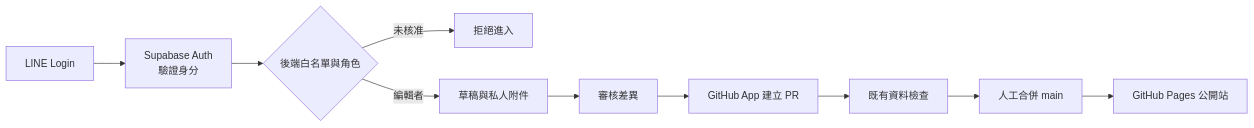
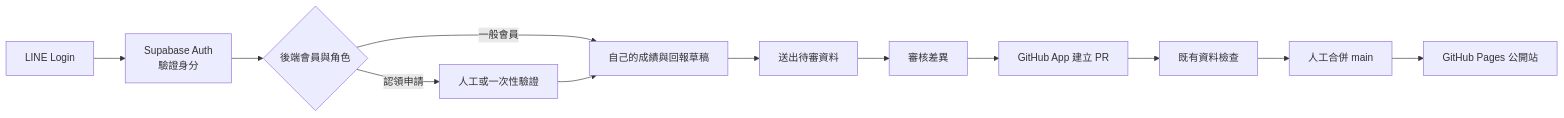
One commit to macrokernel3000/opendebate changed the diagram in docs/2026-10-06-LINE後台會員制評估.md. Above: the diagram before and after it, drawn with Mermaid. The commit also changed other lines of this file, not shown here.

````diff
--- a/docs/2026-10-06-LINE後台會員制評估.md
+++ b/docs/2026-10-06-LINE後台會員制評估.md
@@ -43,12 +47,14 @@
 ```mermaid
 flowchart LR
   A[LINE Login] --> B[Supabase Auth\n驗證身分]
-  B --> C{後端白名單與角色}
-  C -->|未核准| D[拒絕進入]
-  C -->|編輯者| E[草稿與私人附件]
-  E --> F[審核差異]
-  F --> G[GitHub App 建立 PR]
-  G --> H[既有資料檢查]
-  H --> I[人工合併 main]
-  I --> J[GitHub Pages 公開站]
+  B --> C{後端會員與角色}
+  C -->|一般會員| D[自己的成績與回報草稿]
+  C -->|認領申請| E[人工或一次性驗證]
+  D --> F[送出待審資料]
+  E --> D
+  F --> G[審核差異]
+  G --> H[GitHub App 建立 PR]
+  H --> I[既有資料檢查]
+  I --> J[人工合併 main]
+  J --> K[GitHub Pages 公開站]
 ```
````
